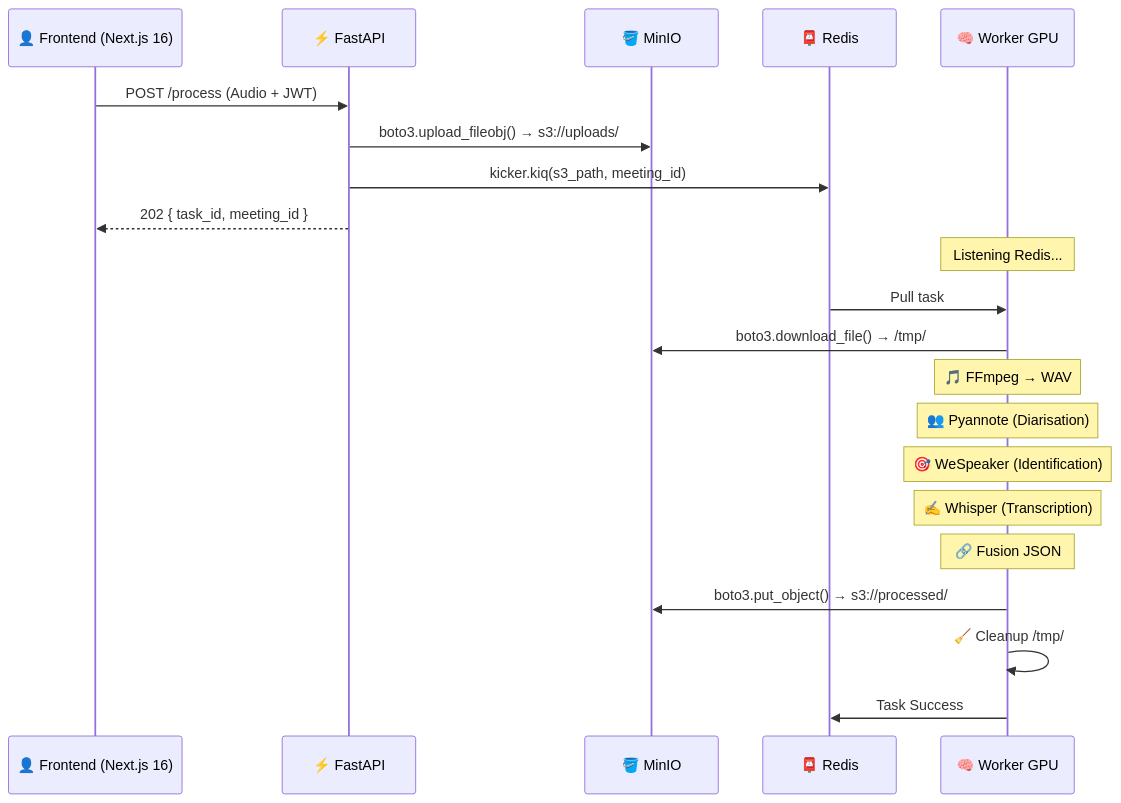
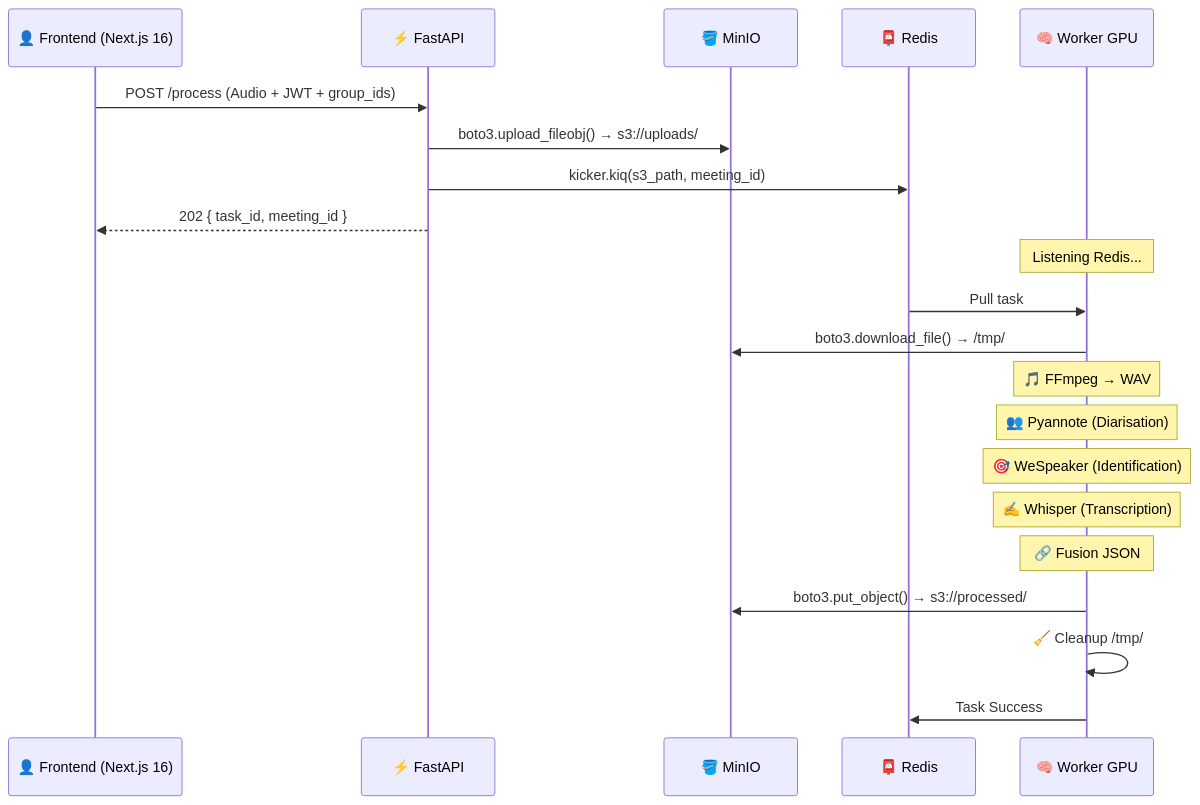
One commit to emmanuel-cabassot/smart-meeting-scribe changed the diagram in ARCHITECTURE.md. Above: the diagram before and after it, drawn with Mermaid. The commit also changed other lines of this file and 4 other files, not shown here.

````diff
--- a/ARCHITECTURE.md
+++ b/ARCHITECTURE.md
@@ -63,28 +130,28 @@
 ```mermaid
 sequenceDiagram
     participant User as 👤 Frontend (Next.js 16)
     participant API as ⚡ FastAPI
     participant S3 as 🪣 MinIO
     participant Redis as 📮 Redis
     participant Worker as 🧠 Worker GPU
 
-    User->>API: POST /process (Audio + JWT)
+    User->>API: POST /process (Audio + JWT + group_ids)
     API->>S3: boto3.upload_fileobj() → s3://uploads/
     API->>Redis: kicker.kiq(s3_path, meeting_id)
     API-->>User: 202 { task_id, meeting_id }
     
     Note over Worker: Listening Redis...
     
     Redis->>Worker: Pull task
     Worker->>S3: boto3.download_file() → /tmp/
     
     Note over Worker: 🎵 FFmpeg → WAV
     Note over Worker: 👥 Pyannote (Diarisation)
     Note over Worker: 🎯 WeSpeaker (Identification)
     Note over Worker: ✍️ Whisper (Transcription)
     Note over Worker: 🔗 Fusion JSON
     
     Worker->>S3: boto3.put_object() → s3://processed/
     Worker->>Worker: 🧹 Cleanup /tmp/
     Worker->>Redis: Task Success
 ```
````
